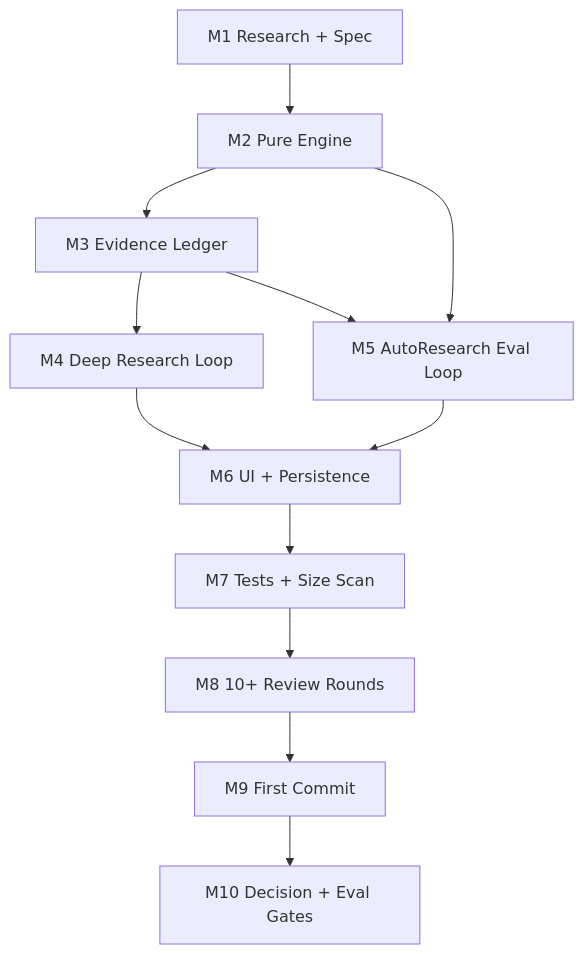
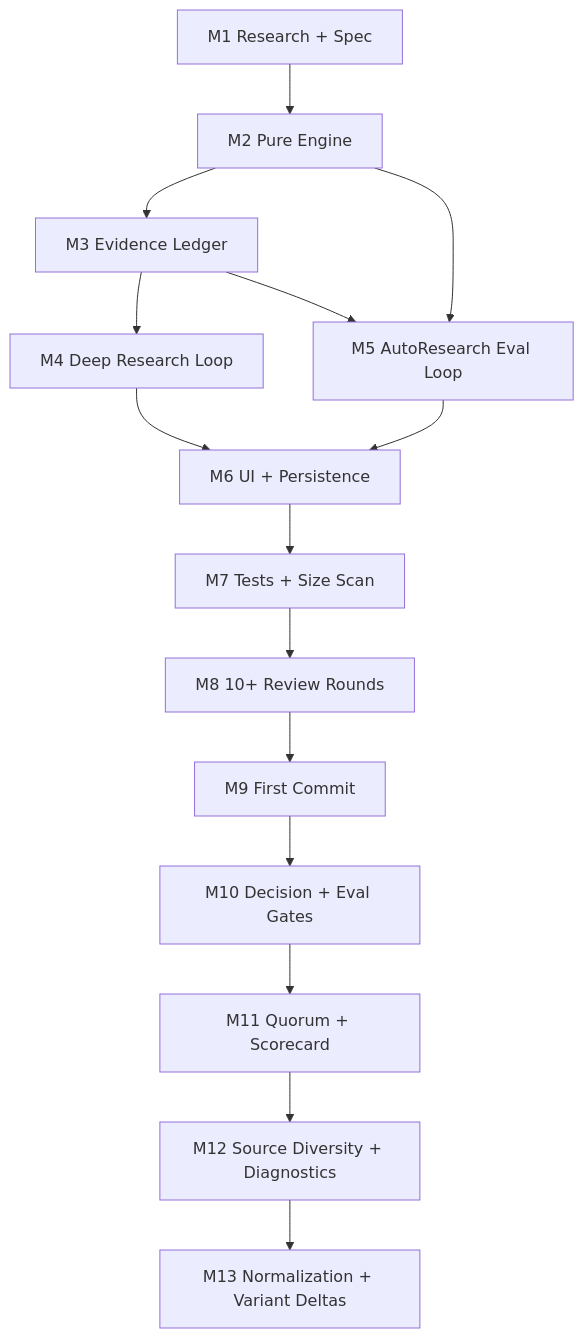
One commit to hammersmith-xie/llm_wiki_v2 changed the diagram in docs/memory-ops-deep-research-autoresearch/tasks.md. Above: the diagram before and after it, drawn with Mermaid. The commit also changed other lines of this file and 15 other files, not shown here.

Commit message:
feat: add memory ops variant diagnostics

````diff
--- a/docs/memory-ops-deep-research-autoresearch/tasks.md
+++ b/docs/memory-ops-deep-research-autoresearch/tasks.md
@@ -9,14 +9,17 @@
 ```mermaid
 flowchart TD
   M1["M1 Research + Spec"] --> M2["M2 Pure Engine"]
   M2 --> M3["M3 Evidence Ledger"]
   M3 --> M4["M4 Deep Research Loop"]
   M2 --> M5["M5 AutoResearch Eval Loop"]
   M3 --> M5
   M4 --> M6["M6 UI + Persistence"]
   M5 --> M6
   M6 --> M7["M7 Tests + Size Scan"]
   M7 --> M8["M8 10+ Review Rounds"]
   M8 --> M9["M9 First Commit"]
   M9 --> M10["M10 Decision + Eval Gates"]
+  M10 --> M11["M11 Quorum + Scorecard"]
+  M11 --> M12["M12 Source Diversity + Diagnostics"]
+  M12 --> M13["M13 Normalization + Variant Deltas"]
 ```
````
